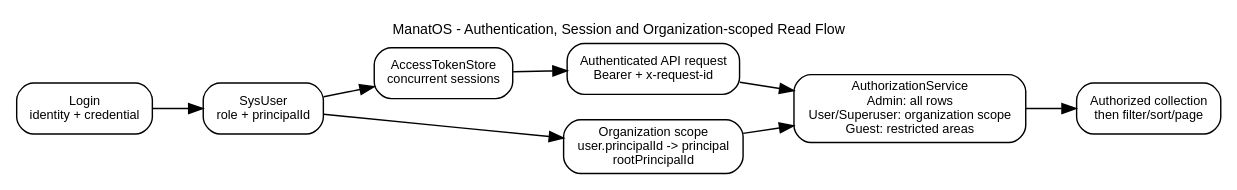
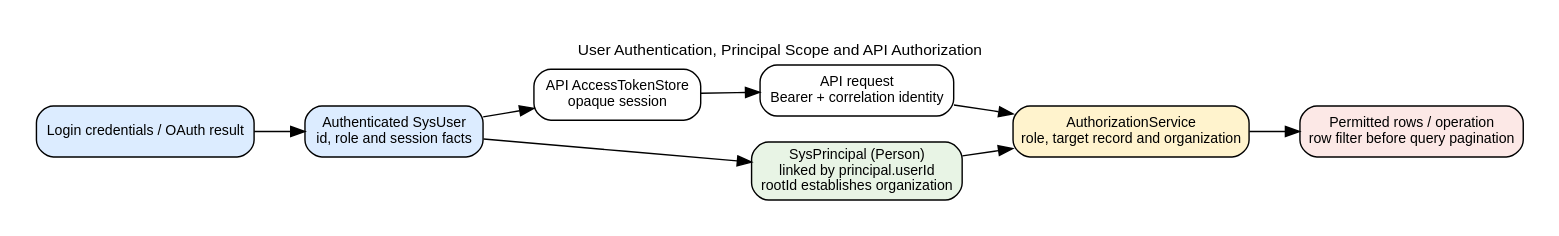
The diagram in docs/diagrams/06-auth-session-sequence.dot (ymanatos1/ManatOS), drawn with Graphviz before and after one commit. The commit also changed 1454 other files, not shown here.

Commit message:
Multi UIs new architecture.

```diff
--- a/docs/diagrams/06-auth-session-sequence.dot
+++ b/docs/diagrams/06-auth-session-sequence.dot
@@ -1,12 +1,13 @@
-digraph G {
- graph [fontname="Arial", fontsize=10, bgcolor="white", labelloc="t", label="ManatOS - Authentication, Session and Organization-scoped Read Flow"];
- node [fontname="Arial", fontsize=9, shape=box, style="rounded,filled", fillcolor="white"]; edge [fontname="Arial", fontsize=8]; rankdir=LR;
- login [label="Login\nidentity + credential"];
- user [label="SysUser\nrole + principalId"];
- token [label="AccessTokenStore\nconcurrent sessions"];
- request [label="Authenticated API request\nBearer + x-request-id"];
- policy [label="AuthorizationService\nAdmin: all rows\nUser/Superuser: organization scope\nGuest: restricted areas"];
- org [label="Organization scope\nuser.principalId -> principal\nrootPrincipalId"];
- result [label="Authorized collection\nthen filter/sort/page"];
- login -> user -> token -> request -> policy -> result; user -> org -> policy;
+digraph Auth {
+ graph [fontname="Arial",fontsize=11,bgcolor="white",labelloc="t",label="User Authentication, Principal Scope and API Authorization",pad="0.25",rankdir=LR];
+ node [fontname="Arial",fontsize=10,shape=box,style="rounded,filled",fillcolor="white"];
+ login [label="Login credentials / OAuth result",fillcolor="#dcecff"];
+ user [label="Authenticated SysUser\nid, role and session facts",fillcolor="#dcecff"];
+ session [label="API AccessTokenStore\nopaque session"];
+ request [label="API request\nBearer + correlation identity"];
+ principal [label="SysPrincipal (Person)\nlinked by principal.userId\nrootId establishes organization",fillcolor="#e8f4e5"];
+ policy [label="AuthorizationService\nrole, target record and organization",fillcolor="#fff3cd"];
+ result [label="Permitted rows / operation\nrow filter before query pagination",fillcolor="#fce8e6"];
+ login -> user -> session -> request -> policy -> result;
+ user -> principal -> policy;
 }
```
